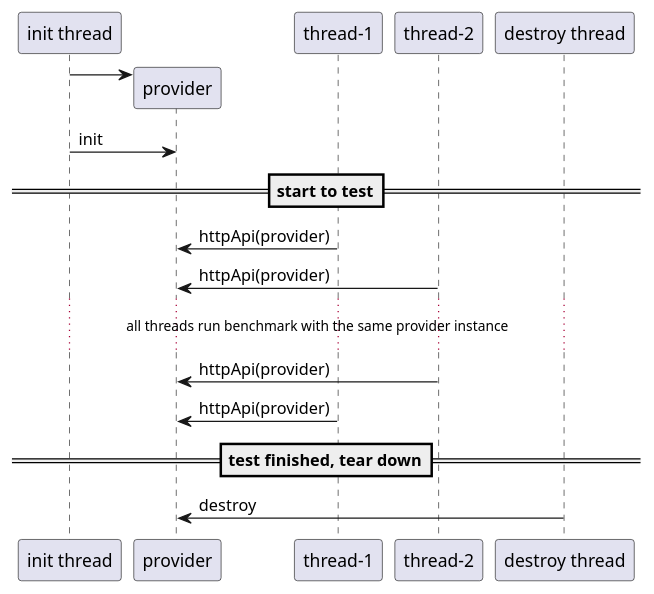
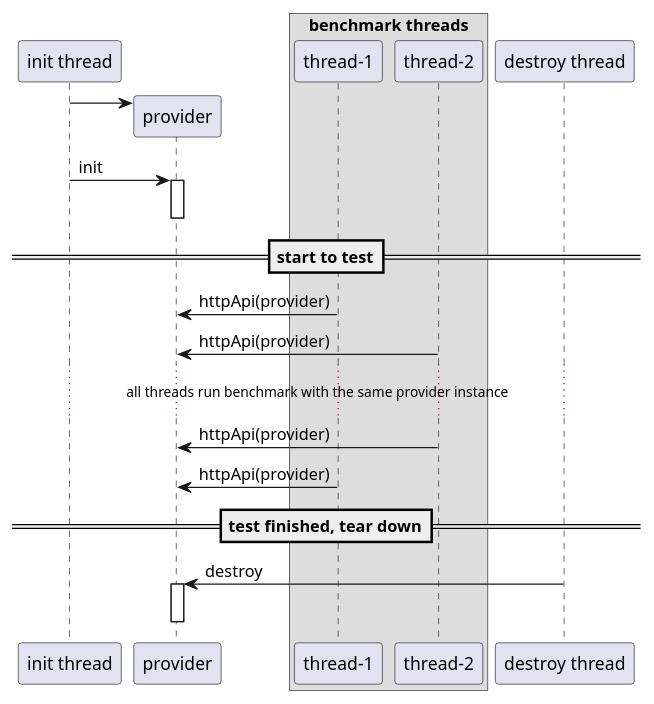
One commit to xnslong/blog changed the first of 2 diagrams in tools/java/JMH-benchmarking.md. Above: the diagram before and after it, drawn with PlantUML. The commit also changed other lines of this file, not shown here.

````diff
--- a/tools/java/JMH-benchmarking.md
+++ b/tools/java/JMH-benchmarking.md
@@ -227,14 +227,22 @@
 ```plantuml
 participant "init thread" as init
 create provider
 init -> provider
 init -> provider: init
+activate provider
+deactivate provider
 ==start to test==
-"thread-1" as t1 -> provider: httpApi(provider)
-"thread-2" as t2 -> provider: httpApi(provider)
+box "benchmark threads" 
+    participant "thread-1" as t1
+    participant "thread-2" as t2
+end box
+t1 -> provider: httpApi(provider)
+t2 -> provider: httpApi(provider)
 ...all threads run benchmark with the same provider instance...
 t2 -> provider: httpApi(provider)
 t1 -> provider: httpApi(provider)
 ==test finished, tear down==
 "destroy thread" -> provider: destroy
+activate provider
+deactivate provider
 ```
````
